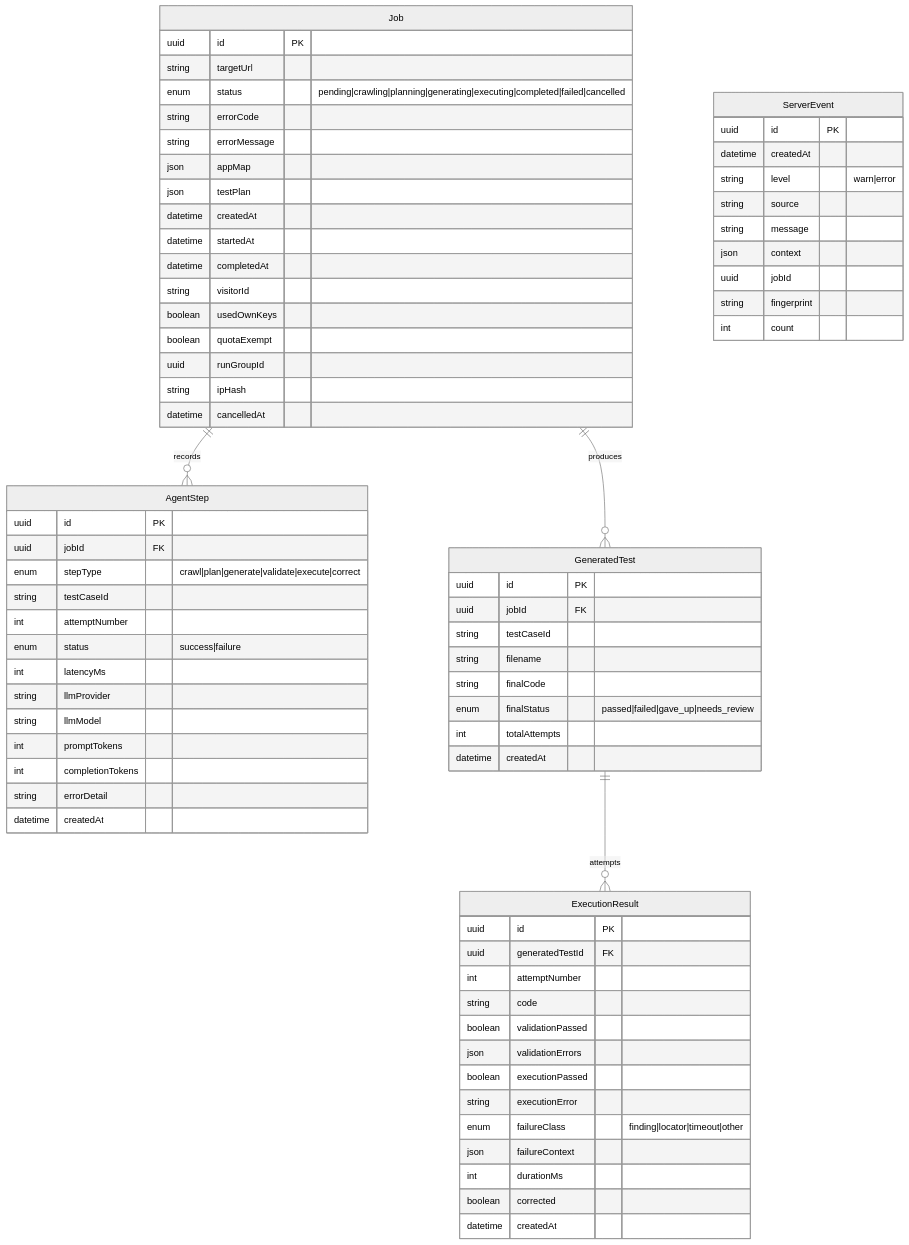
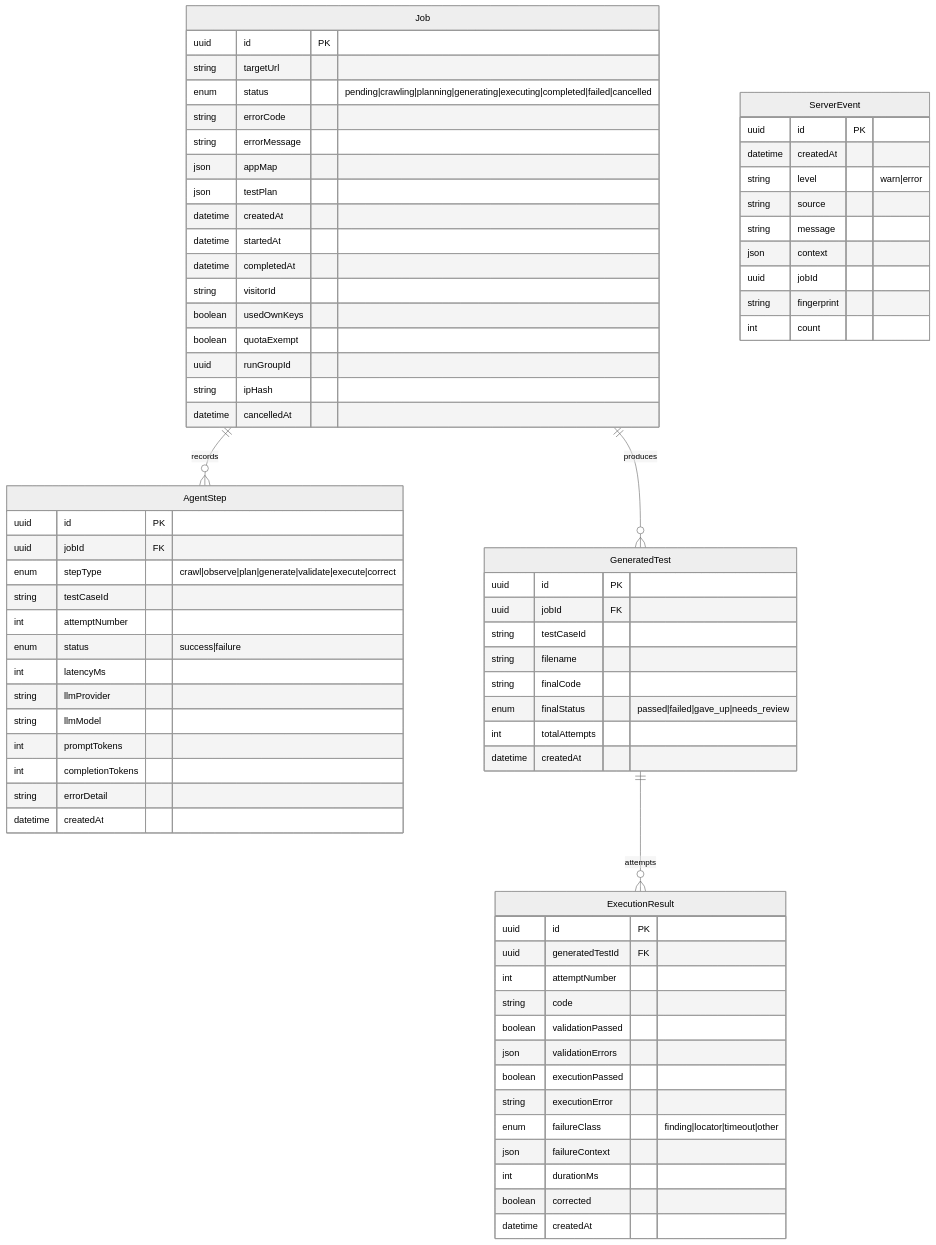
One commit to vansh412f/agentic-test-case-generator changed the fourth of 4 diagrams in Readme.md. Above: the diagram before and after it, drawn with Mermaid (neutral theme). The commit also changed other lines of this file and 4 other files, not shown here.

````diff
--- a/Readme.md
+++ b/Readme.md
@@ -589,80 +607,80 @@
 ```mermaid
 erDiagram
   Job ||--o{ AgentStep : "records"
   Job ||--o{ GeneratedTest : "produces"
   GeneratedTest ||--o{ ExecutionResult : "attempts"
 
   Job {
     uuid id PK
     string targetUrl
     enum status "pending|crawling|planning|generating|executing|completed|failed|cancelled"
     string errorCode
     string errorMessage
     json appMap
     json testPlan
     datetime createdAt
     datetime startedAt
     datetime completedAt
     string visitorId
     boolean usedOwnKeys
     boolean quotaExempt
     uuid runGroupId
     string ipHash
     datetime cancelledAt
   }
 
   AgentStep {
     uuid id PK
     uuid jobId FK
-    enum stepType "crawl|plan|generate|validate|execute|correct"
+    enum stepType "crawl|observe|plan|generate|validate|execute|correct"
     string testCaseId
     int attemptNumber
     enum status "success|failure"
     int latencyMs
     string llmProvider
     string llmModel
     int promptTokens
     int completionTokens
     string errorDetail
     datetime createdAt
   }
 
   GeneratedTest {
     uuid id PK
     uuid jobId FK
     string testCaseId
     string filename
     string finalCode
     enum finalStatus "passed|failed|gave_up|needs_review"
     int totalAttempts
     datetime createdAt
   }
 
   ExecutionResult {
     uuid id PK
     uuid generatedTestId FK
     int attemptNumber
     string code
     boolean validationPassed
     json validationErrors
     boolean executionPassed
     string executionError
     enum failureClass "finding|locator|timeout|other"
     json failureContext
     int durationMs
     boolean corrected
     datetime createdAt
   }
 
   ServerEvent {
     uuid id PK
     datetime createdAt
     string level "warn|error"
     string source
     string message
     json context
     uuid jobId
     string fingerprint
     int count
   }
 ```
````
